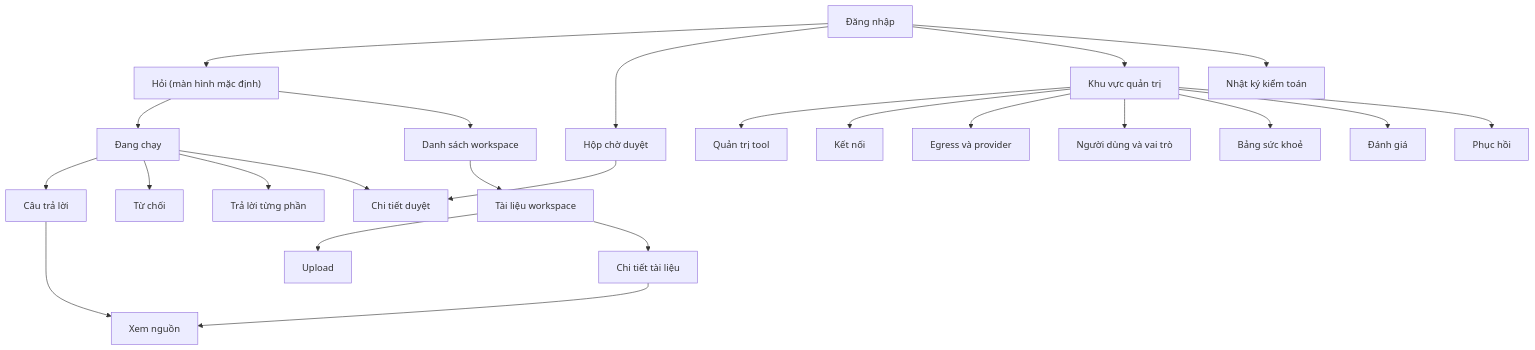
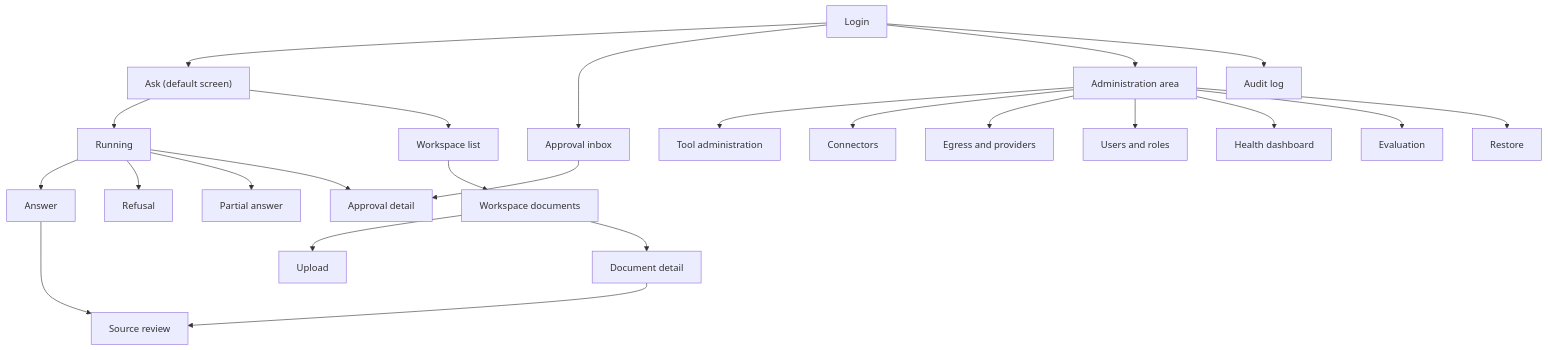
Before and after one commit to nguyenchiemhao/Ei-AI: the sixth of 6 diagrams in docs/design/ei-ai-agentic-knowledge-assistant.md, drawn with Mermaid. The commit also changed other lines of this file and 2 other files, not shown here.

````diff
--- a/docs/design/ei-ai-agentic-knowledge-assistant.md
+++ b/docs/design/ei-ai-agentic-knowledge-assistant.md
@@ -1360,26 +1363,26 @@
 ```mermaid
 flowchart TD
-    Login["Đăng nhập"] --> Ask["Hỏi (màn hình mặc định)"]
-    Ask --> Running["Đang chạy"]
-    Running --> Answer["Câu trả lời"]
-    Running --> Refusal["Từ chối"]
-    Running --> Partial["Trả lời từng phần"]
-    Running --> ApprovalDetail["Chi tiết duyệt"]
-    Answer --> Source["Xem nguồn"]
-    Ask --> Workspaces["Danh sách workspace"]
-    Workspaces --> WsDocs["Tài liệu workspace"]
+    Login["Login"] --> Ask["Ask (default screen)"]
+    Ask --> Running["Running"]
+    Running --> Answer["Answer"]
+    Running --> Refusal["Refusal"]
+    Running --> Partial["Partial answer"]
+    Running --> ApprovalDetail["Approval detail"]
+    Answer --> Source["Source review"]
+    Ask --> Workspaces["Workspace list"]
+    Workspaces --> WsDocs["Workspace documents"]
     WsDocs --> Upload["Upload"]
-    WsDocs --> DocDetail["Chi tiết tài liệu"]
+    WsDocs --> DocDetail["Document detail"]
     DocDetail --> Source
-    Login --> Inbox["Hộp chờ duyệt"]
+    Login --> Inbox["Approval inbox"]
     Inbox --> ApprovalDetail
-    Login --> Admin["Khu vực quản trị"]
-    Admin --> Tools["Quản trị tool"]
-    Admin --> Connectors["Kết nối"]
-    Admin --> Egress["Egress và provider"]
-    Admin --> Users["Người dùng và vai trò"]
-    Admin --> Health["Bảng sức khoẻ"]
-    Admin --> Eval["Đánh giá"]
-    Admin --> Restore["Phục hồi"]
-    Login --> Audit["Nhật ký kiểm toán"]
+    Login --> Admin["Administration area"]
+    Admin --> Tools["Tool administration"]
+    Admin --> Connectors["Connectors"]
+    Admin --> Egress["Egress and providers"]
+    Admin --> Users["Users and roles"]
+    Admin --> Health["Health dashboard"]
+    Admin --> Eval["Evaluation"]
+    Admin --> Restore["Restore"]
+    Login --> Audit["Audit log"]
 ```
````
